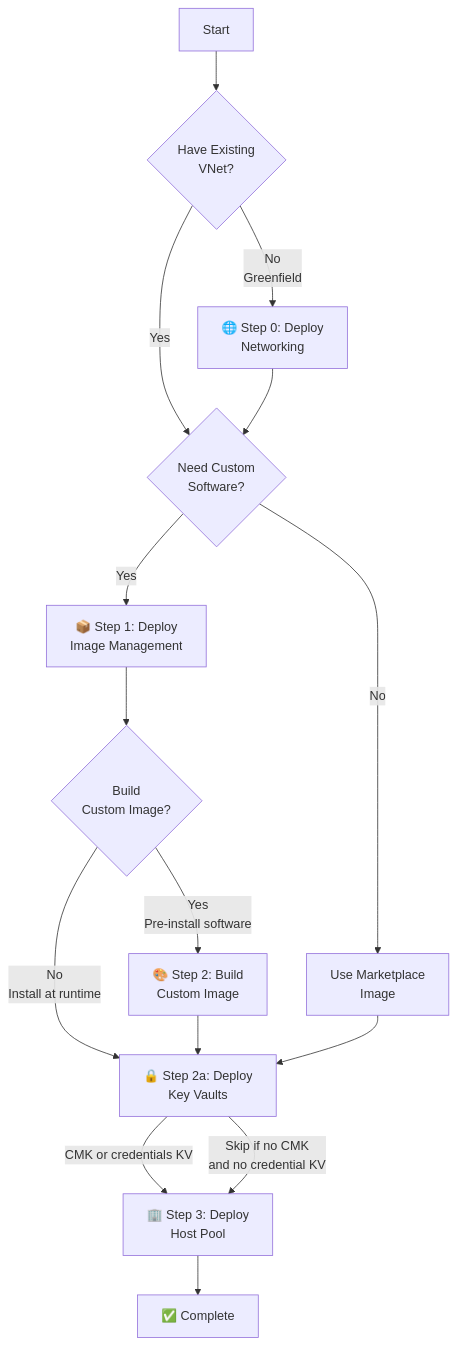
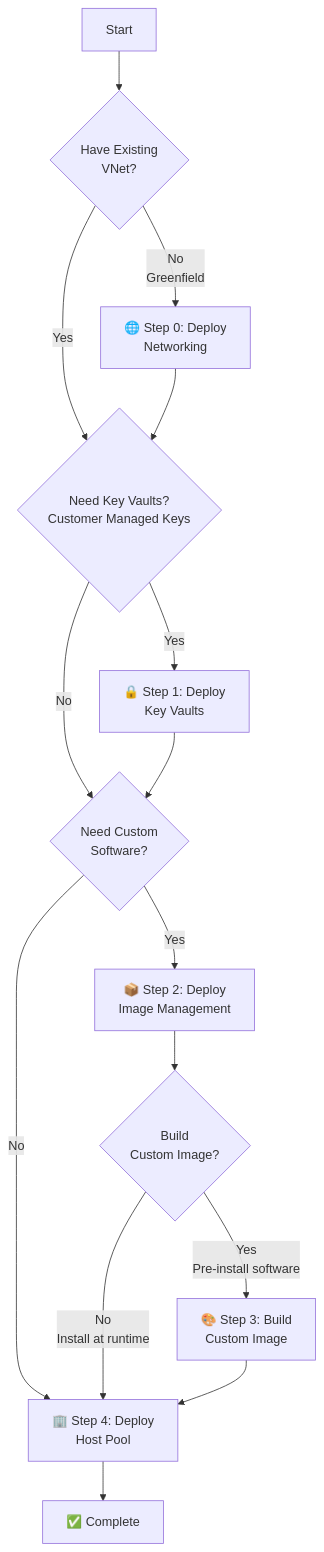
The diagram in docs/quickStart.md (Azure/FederalAVD), drawn with Mermaid before and after one commit. The commit also changed other lines of this file and 22 other files, not shown here.

````diff
--- a/docs/quickStart.md
+++ b/docs/quickStart.md
@@ -11,17 +11,17 @@
 ```mermaid
 graph TD
     A[Start] --> B{Have Existing<br/>VNet?}
     B -->|No<br/>Greenfield| C[🌐 Step 0: Deploy<br/>Networking]
-    B -->|Yes| D{Need Custom<br/>Software?}
-    C --> D
-    D -->|Yes| E[📦 Step 1: Deploy<br/>Image Management]
-    D -->|No| F[Use Marketplace<br/>Image]
+    B -->|Yes| SEC
+    C --> SEC
+    SEC{Need Key Vaults?<br/>Customer Managed Keys} -->|Yes| KV[🔒 Step 1: Deploy<br/>Key Vaults]
+    SEC -->|No| D
+    KV --> D{Need Custom<br/>Software?}
+    D -->|Yes| E[📦 Step 2: Deploy<br/>Image Management]
+    D -->|No| I
     E --> G{Build<br/>Custom Image?}
-    G -->|Yes<br/>Pre-install software| H[🎨 Step 2: Build<br/>Custom Image]
-    G -->|No<br/>Install at runtime| SEC[🔒 Step 2a: Deploy<br/>Key Vaults]
-    H --> SEC
-    F --> SEC
-    SEC -->|CMK or credentials KV| I[🏢 Step 3: Deploy<br/>Host Pool]
-    SEC -->|Skip if no CMK<br/>and no credential KV| I
+    G -->|Yes<br/>Pre-install software| H[🎨 Step 3: Build<br/>Custom Image]
+    G -->|No<br/>Install at runtime| I
+    H --> I[🏢 Step 4: Deploy<br/>Host Pool]
     I --> J[✅ Complete]
 ```
````
